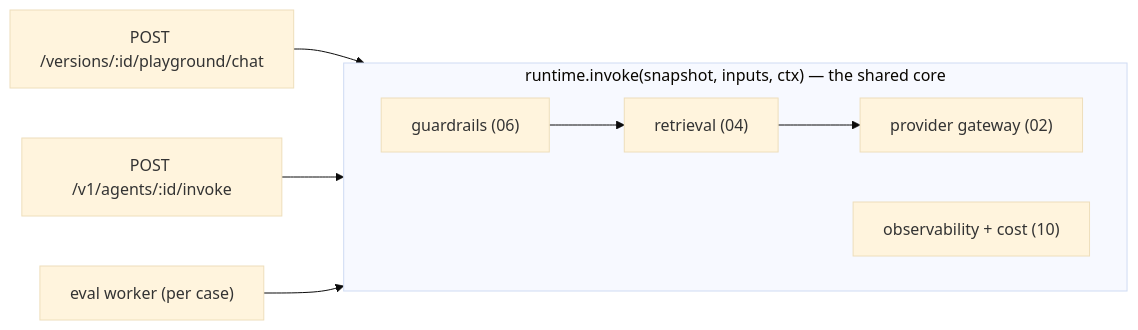
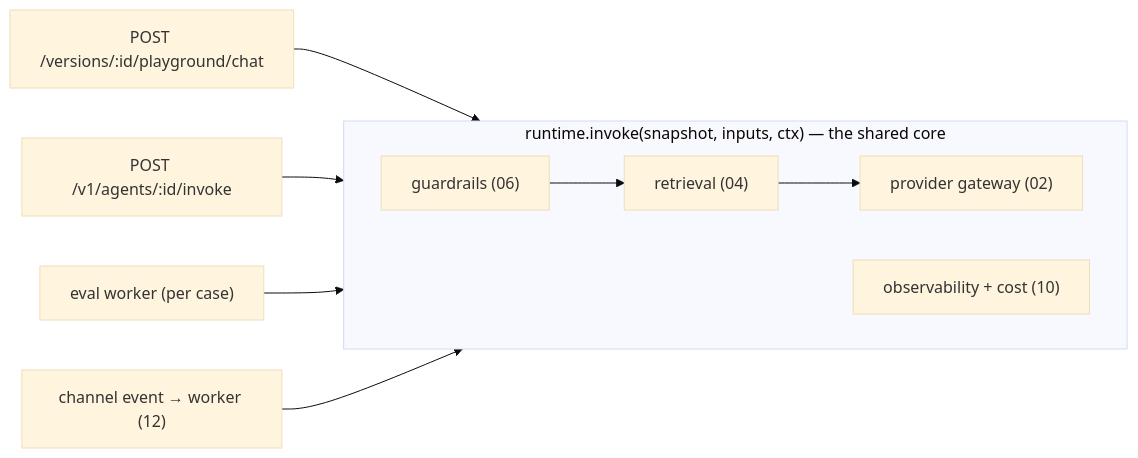
Before and after one commit to gargraman/agent-catalyst: the diagram in docs/backend/00-overview.md, drawn with Mermaid (base theme). The commit also changed other lines of this file and 25 other files, not shown here.

````diff
--- a/docs/backend/00-overview.md
+++ b/docs/backend/00-overview.md
@@ -16,11 +16,12 @@
 ```mermaid
 flowchart LR
   PG["POST /versions/:id/playground/chat"] --> core
   PUB["POST /v1/agents/:id/invoke"] --> core
   EV["eval worker (per case)"] --> core
+  CHAN["channel event → worker (12)"] --> core
   subgraph core["runtime.invoke(snapshot, inputs, ctx) — the shared core"]
     direction LR
     GR["guardrails (06)"] --> RET["retrieval (04)"] --> GW["provider gateway (02)"]
     OBS["observability + cost (10)"]
   end
 ```
````
